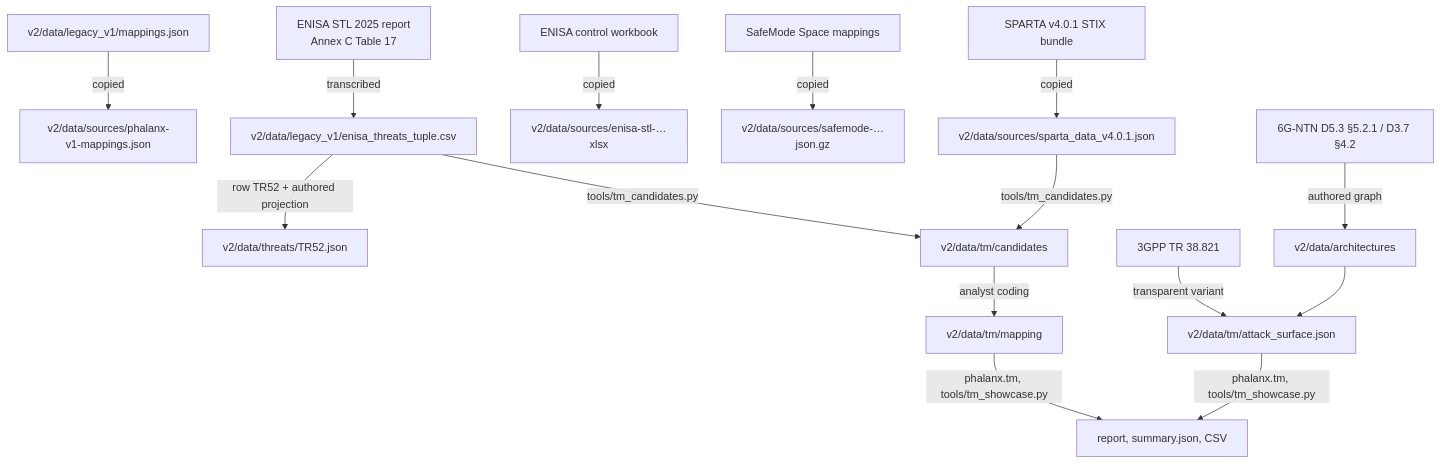
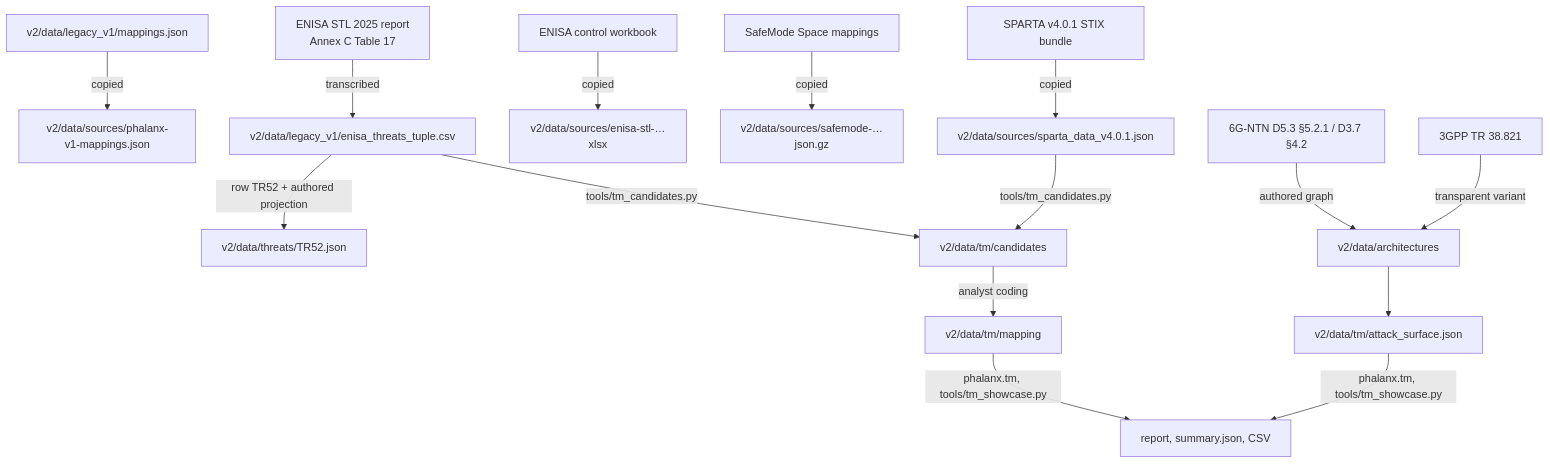
Before and after one commit to Cyber-Threat-Analysis-Team/Phalanx: the diagram in PROVENANCE.md, drawn with Mermaid. The commit also changed other lines of this file and 4 other files, not shown here.

Commit message:
Add the transparent architecture to data/architectures

````diff
--- a/PROVENANCE.md
+++ b/PROVENANCE.md
@@ -22,15 +22,15 @@
 ```mermaid
 flowchart TD
   PDF[ENISA STL 2025 report<br/>Annex C Table 17] -->|transcribed| CSV[v2/data/legacy_v1/enisa_threats_tuple.csv]
   CSV -->|row TR52 + authored projection| THREAT[v2/data/threats/TR52.json]
   V1MAP[v2/data/legacy_v1/mappings.json] -->|copied| V1C[v2/data/sources/phalanx-v1-mappings.json]
   STIX[SPARTA v4.0.1 STIX bundle] -->|copied| SP[v2/data/sources/sparta_data_v4.0.1.json]
   WB[ENISA control workbook] -->|copied| WBC[v2/data/sources/enisa-stl-…xlsx]
   SM[SafeMode Space mappings] -->|copied| SMC[v2/data/sources/safemode-…json.gz]
   D53[6G-NTN D5.3 §5.2.1 / D3.7 §4.2] -->|authored graph| ARCH[v2/data/architectures]
-  TR[3GPP TR 38.821] -->|transparent variant| SURF[v2/data/tm/attack_surface.json]
-  ARCH --> SURF
+  TR[3GPP TR 38.821] -->|transparent variant| ARCH
+  ARCH --> SURF[v2/data/tm/attack_surface.json]
   SP & CSV -->|tools/tm_candidates.py| CAND[v2/data/tm/candidates]
   CAND -->|analyst coding| MAP[v2/data/tm/mapping]
   SURF & MAP -->|phalanx.tm, tools/tm_showcase.py| OUT[report, summary.json, CSV]
 ```
````
